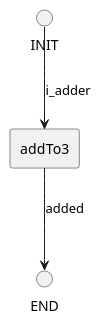
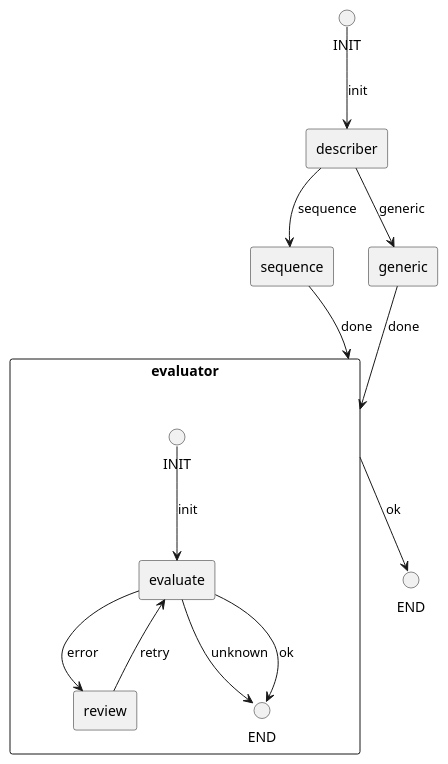
Before and after one commit to nielinjie/taskDAG: the diagram in diagram.puml, drawn with PlantUML. The commit also changed 11 other files, not shown here.

```diff
--- a/diagram.puml
+++ b/diagram.puml
@@ -1,8 +1,26 @@
 @startuml
-rectangle "addTo3" as d18d0f77 
+rectangle "describer" as abd7b115 
+rectangle "sequence" as 7706a317 
+rectangle "generic" as 30ac8ee0 
+rectangle "evaluator" as 5c59b9a5 {
+rectangle "evaluate" as d5bade2b 
+rectangle "review" as e36c1743 
+circle "INIT" as 7ec95d87 
+circle "END" as 32e25913 
+7ec95d87 --> d5bade2b : init
+d5bade2b --> e36c1743 : error
+e36c1743 --> d5bade2b : retry
+d5bade2b --> 32e25913 : unknown
+d5bade2b --> 32e25913 : ok
+
+}
 circle "INIT" as 4646f40d 
 circle "END" as d4988928 
-4646f40d --> d18d0f77 : i_adder
-d18d0f77 --> d4988928 : added
+4646f40d --> abd7b115 : init
+abd7b115 --> 7706a317 : sequence
+abd7b115 --> 30ac8ee0 : generic
+30ac8ee0 --> 5c59b9a5 : done
+7706a317 --> 5c59b9a5 : done
+5c59b9a5 --> d4988928 : ok
 
 @enduml
```
